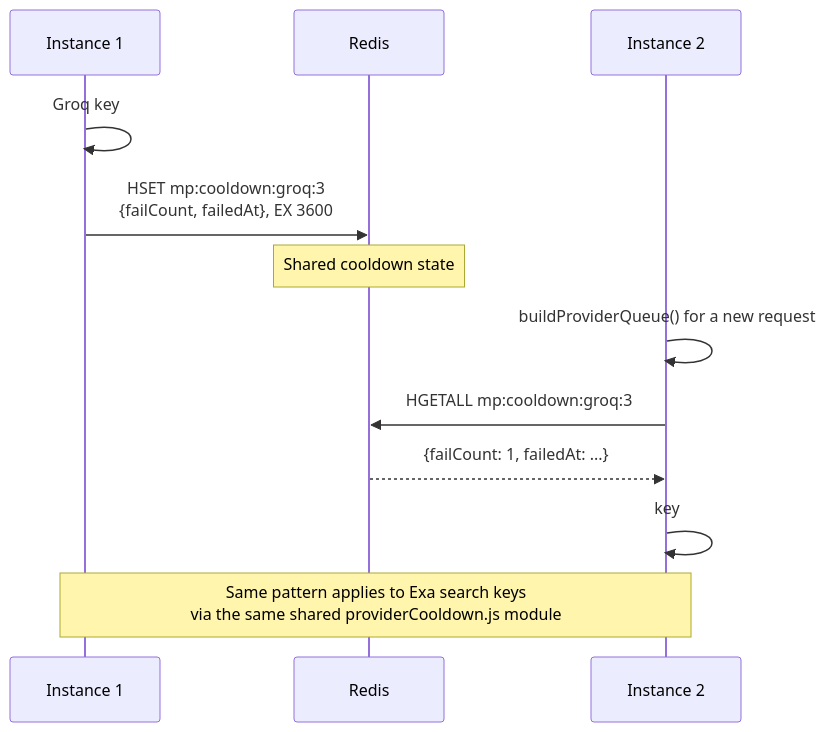
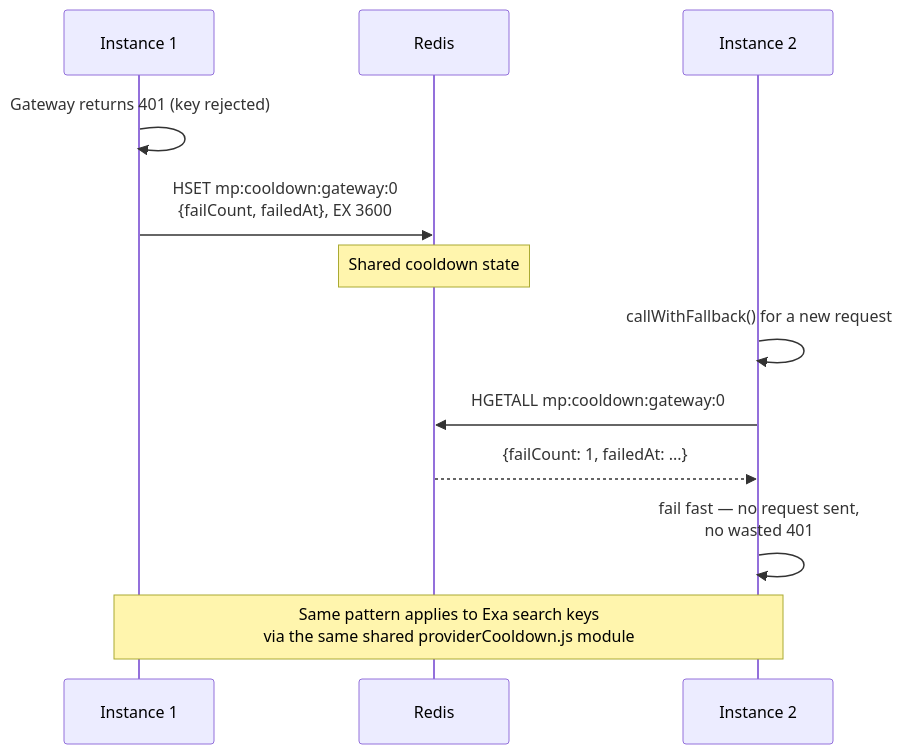
The fifth of 8 diagrams in ARCHITECTURE.md (Devpaul-01/Foundersales), drawn with Mermaid before and after one commit. The commit also changed other lines of this file and 4 other files, not shown here.

````diff
--- a/ARCHITECTURE.md
+++ b/ARCHITECTURE.md
@@ -230,17 +245,17 @@
 ```mermaid
 sequenceDiagram
     participant I1 as Instance 1
     participant R as Redis
     participant I2 as Instance 2
 
-    I1->>I1: Groq key #3 returns 429
-    I1->>R: HSET mp:cooldown:groq:3<br/>{failCount, failedAt}, EX 3600
+    I1->>I1: Gateway returns 401 (key rejected)
+    I1->>R: HSET mp:cooldown:gateway:0<br/>{failCount, failedAt}, EX 3600
     Note over R: Shared cooldown state
 
-    I2->>I2: buildProviderQueue() for a new request
-    I2->>R: HGETALL mp:cooldown:groq:3
+    I2->>I2: callWithFallback() for a new request
+    I2->>R: HGETALL mp:cooldown:gateway:0
     R-->>I2: {failCount: 1, failedAt: ...}
-    I2->>I2: key #3 excluded from this queue —<br/>never attempted, no wasted 429
+    I2->>I2: fail fast — no request sent,<br/>no wasted 401
 
     Note over I1,I2: Same pattern applies to Exa search keys<br/>via the same shared providerCooldown.js module
 ```
````
